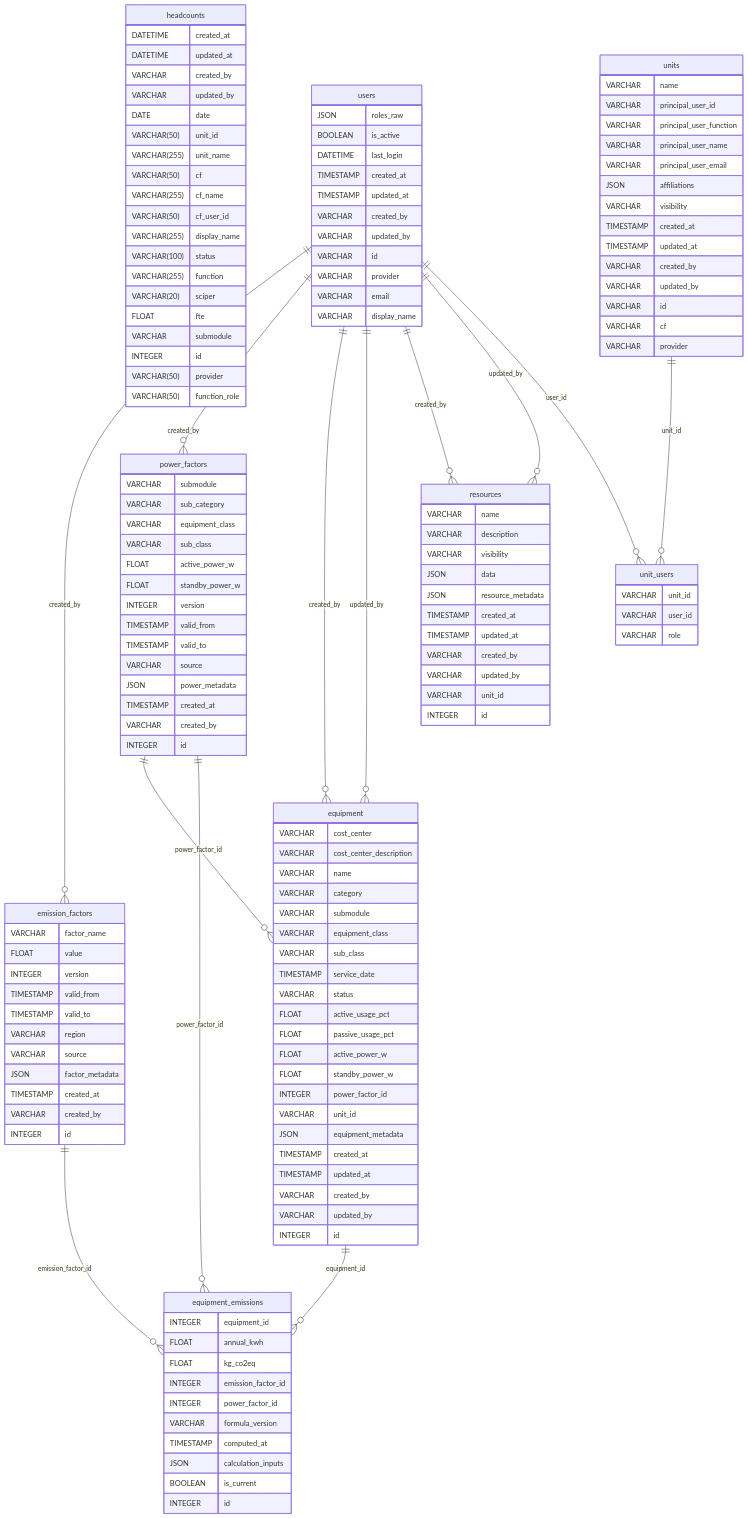
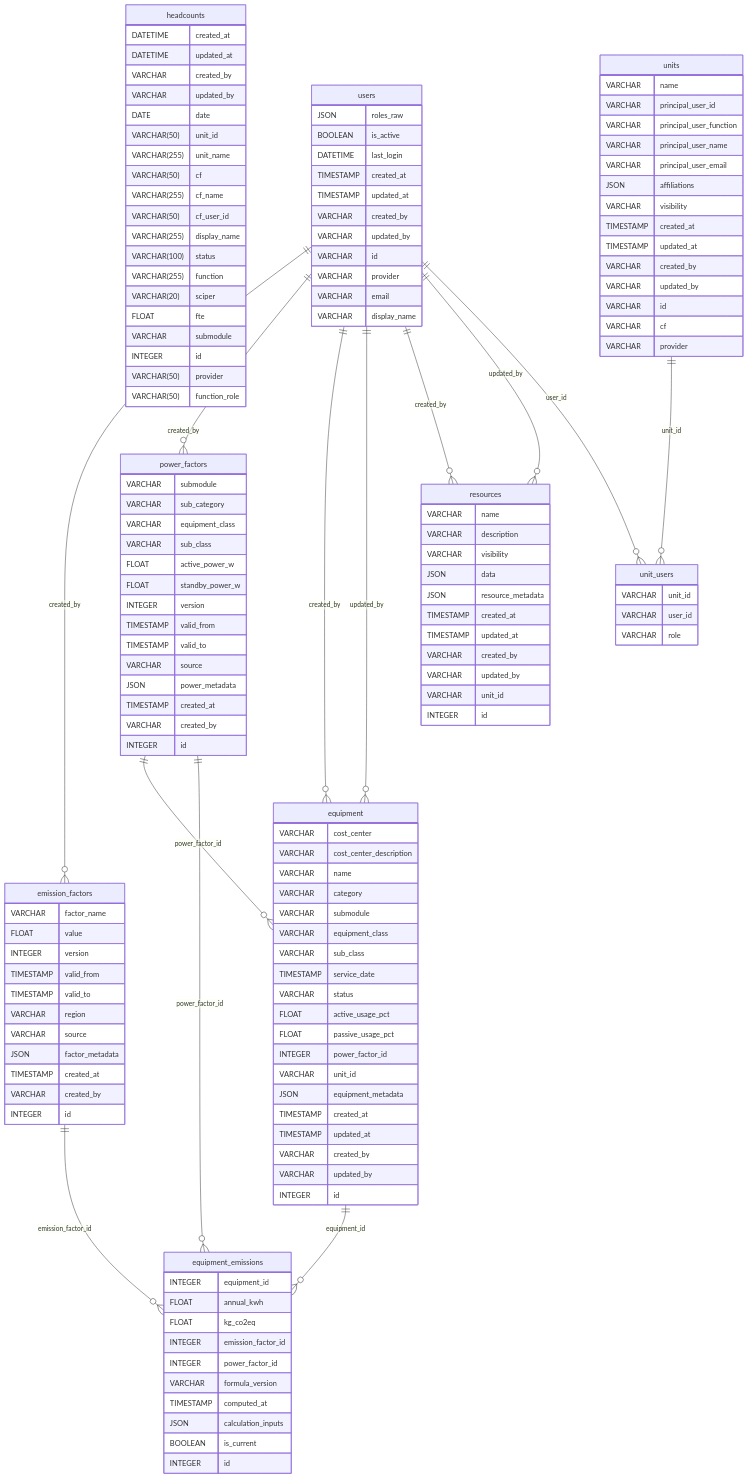
Before and after one commit to EPFL-ENAC/co2-calculator: the diagram in docs/src/database/erd.md, drawn with Mermaid. The commit also changed other lines of this file and 18 other files, not shown here.

```diff
--- a/docs/src/database/erd.md
+++ b/docs/src/database/erd.md
@@ -43,8 +42,6 @@
     VARCHAR status
     FLOAT active_usage_pct
     FLOAT passive_usage_pct
-    FLOAT active_power_w
-    FLOAT standby_power_w
     INTEGER power_factor_id
     VARCHAR unit_id
     JSON equipment_metadata
@@ -136,12 +133,12 @@
   }
   users ||--}o emission_factors : created_by
   users ||--}o power_factors : created_by
+  power_factors ||--}o equipment : power_factor_id
   users ||--}o equipment : created_by
   users ||--}o equipment : updated_by
-  power_factors ||--}o equipment : power_factor_id
-  equipment ||--}o equipment_emissions : equipment_id
   emission_factors ||--}o equipment_emissions : emission_factor_id
   power_factors ||--}o equipment_emissions : power_factor_id
+  equipment ||--}o equipment_emissions : equipment_id
   users ||--}o resources : created_by
   users ||--}o resources : updated_by
   users ||--}o unit_users : user_id
```
